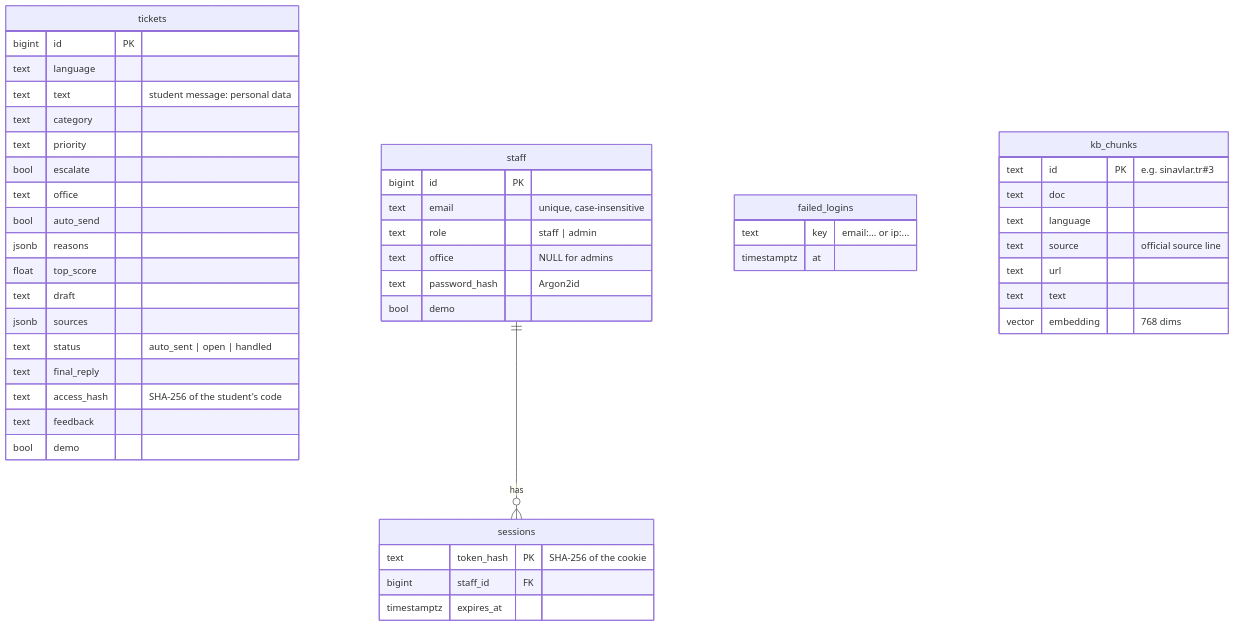
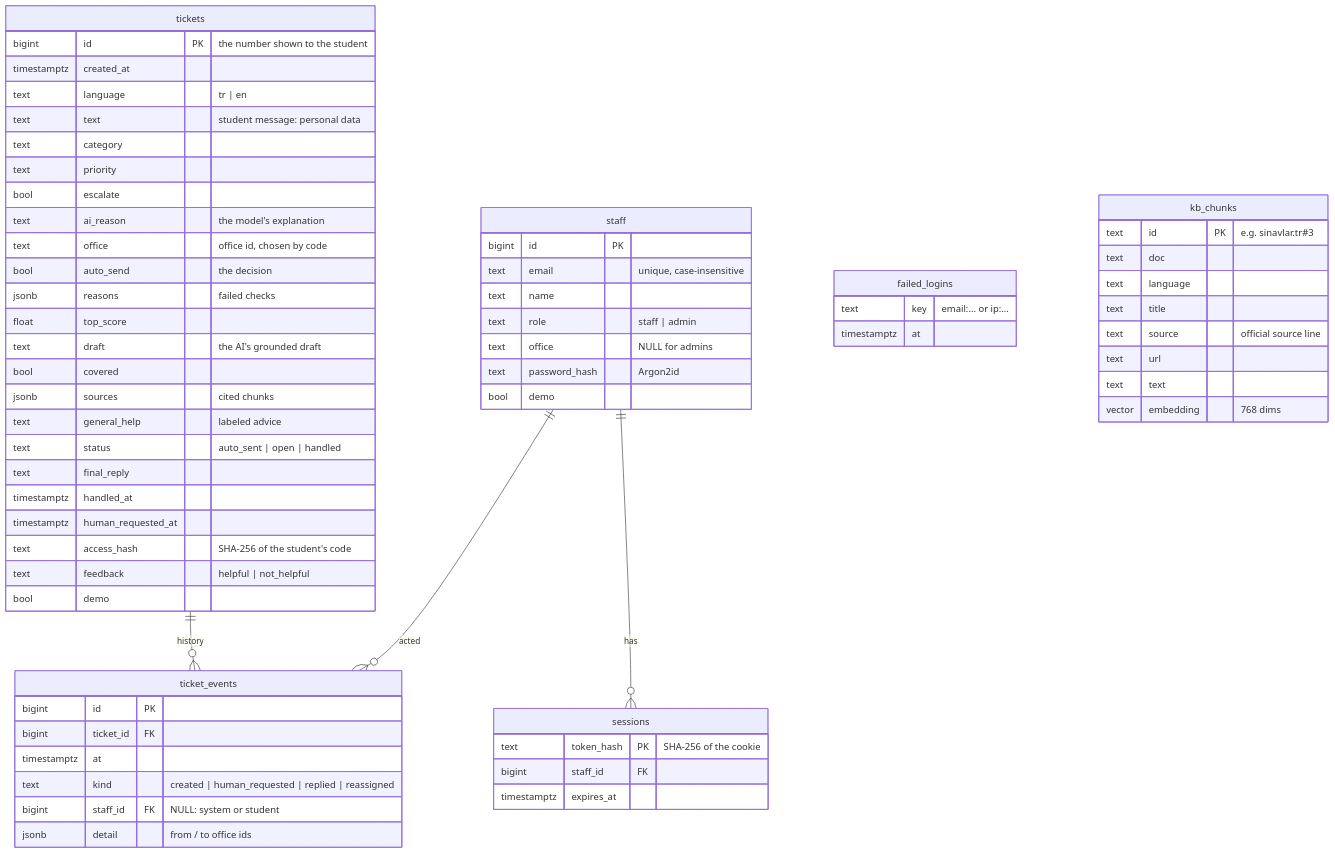
One commit to AhmedElghazzawy/ai-ticket-assistant changed the seventh of 7 diagrams in ARCHITECTURE.md. Above: the diagram before and after it, drawn with Mermaid. The commit also changed other lines of this file and 6 other files, not shown here.

First line of the commit message:
Rewrite the architecture docs and add a docs index and release changelog

````diff
--- a/ARCHITECTURE.md
+++ b/ARCHITECTURE.md
@@ -86,49 +221,67 @@
 ```mermaid
 erDiagram
+    tickets ||--o{ ticket_events : "history"
+    staff ||--o{ ticket_events : "acted"
+    staff ||--o{ sessions : "has"
     tickets {
-        bigint id PK
-        text language
+        bigint id PK "the number shown to the student"
+        timestamptz created_at
+        text language "tr | en"
         text text "student message: personal data"
         text category
         text priority
         bool escalate
-        text office
-        bool auto_send
-        jsonb reasons
+        text ai_reason "the model's explanation"
+        text office "office id, chosen by code"
+        bool auto_send "the decision"
+        jsonb reasons "failed checks"
         float top_score
-        text draft
-        jsonb sources
+        text draft "the AI's grounded draft"
+        bool covered
+        jsonb sources "cited chunks"
+        text general_help "labeled advice"
         text status "auto_sent | open | handled"
         text final_reply
+        timestamptz handled_at
+        timestamptz human_requested_at
         text access_hash "SHA-256 of the student's code"
-        text feedback
+        text feedback "helpful | not_helpful"
         bool demo
+    }
+    ticket_events {
+        bigint id PK
+        bigint ticket_id FK
+        timestamptz at
+        text kind "created | human_requested | replied | reassigned"
+        bigint staff_id FK "NULL: system or student"
+        jsonb detail "from / to office ids"
     }
     staff {
         bigint id PK
         text email "unique, case-insensitive"
+        text name
         text role "staff | admin"
         text office "NULL for admins"
         text password_hash "Argon2id"
         bool demo
     }
     sessions {
         text token_hash PK "SHA-256 of the cookie"
         bigint staff_id FK
         timestamptz expires_at
     }
     failed_logins {
         text key "email:... or ip:..."
         timestamptz at
     }
     kb_chunks {
         text id PK "e.g. sinavlar.tr#3"
         text doc
         text language
+        text title
         text source "official source line"
         text url
         text text
         vector embedding "768 dims"
     }
-    staff ||--o{ sessions : has
 ```
````
